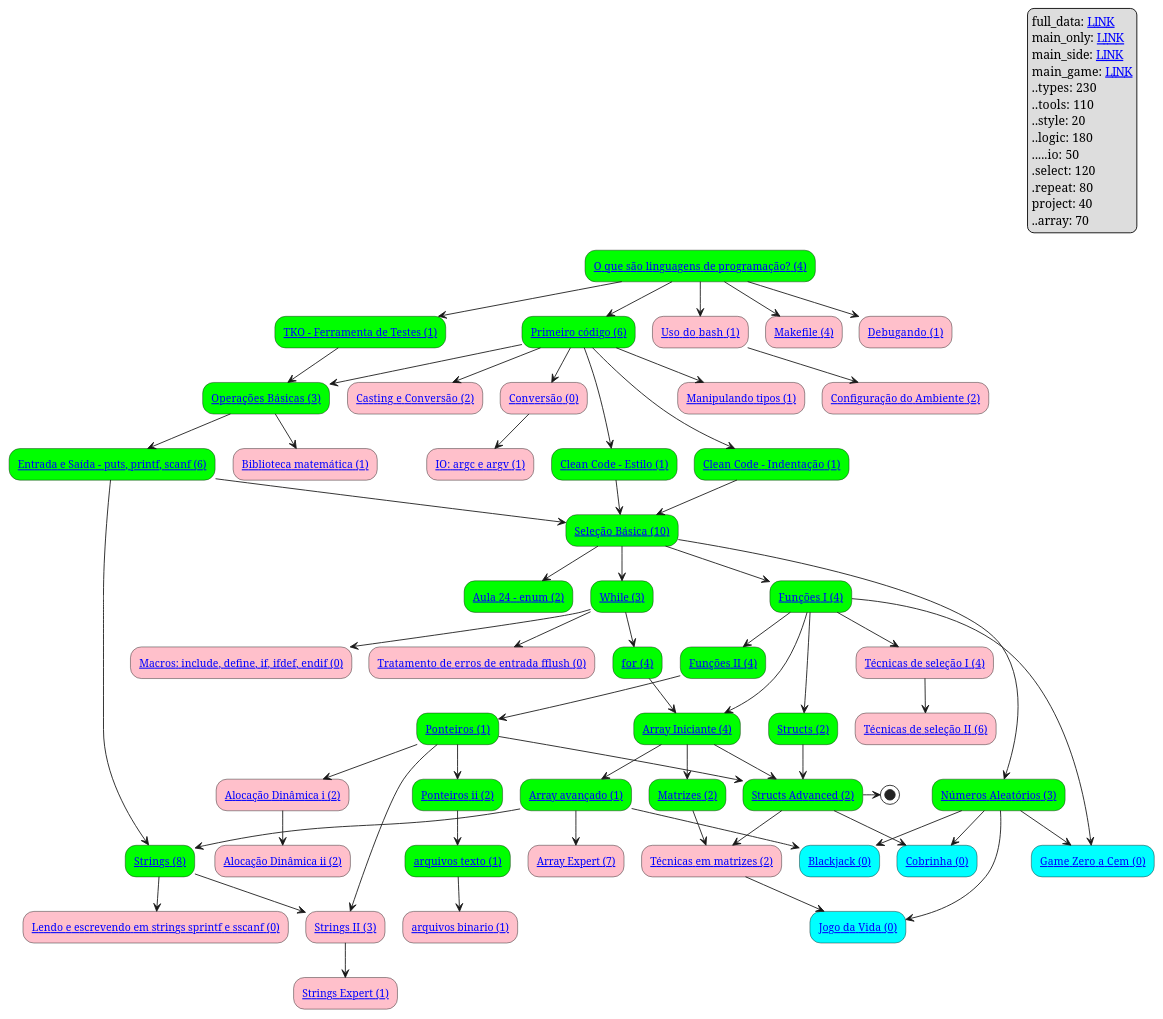
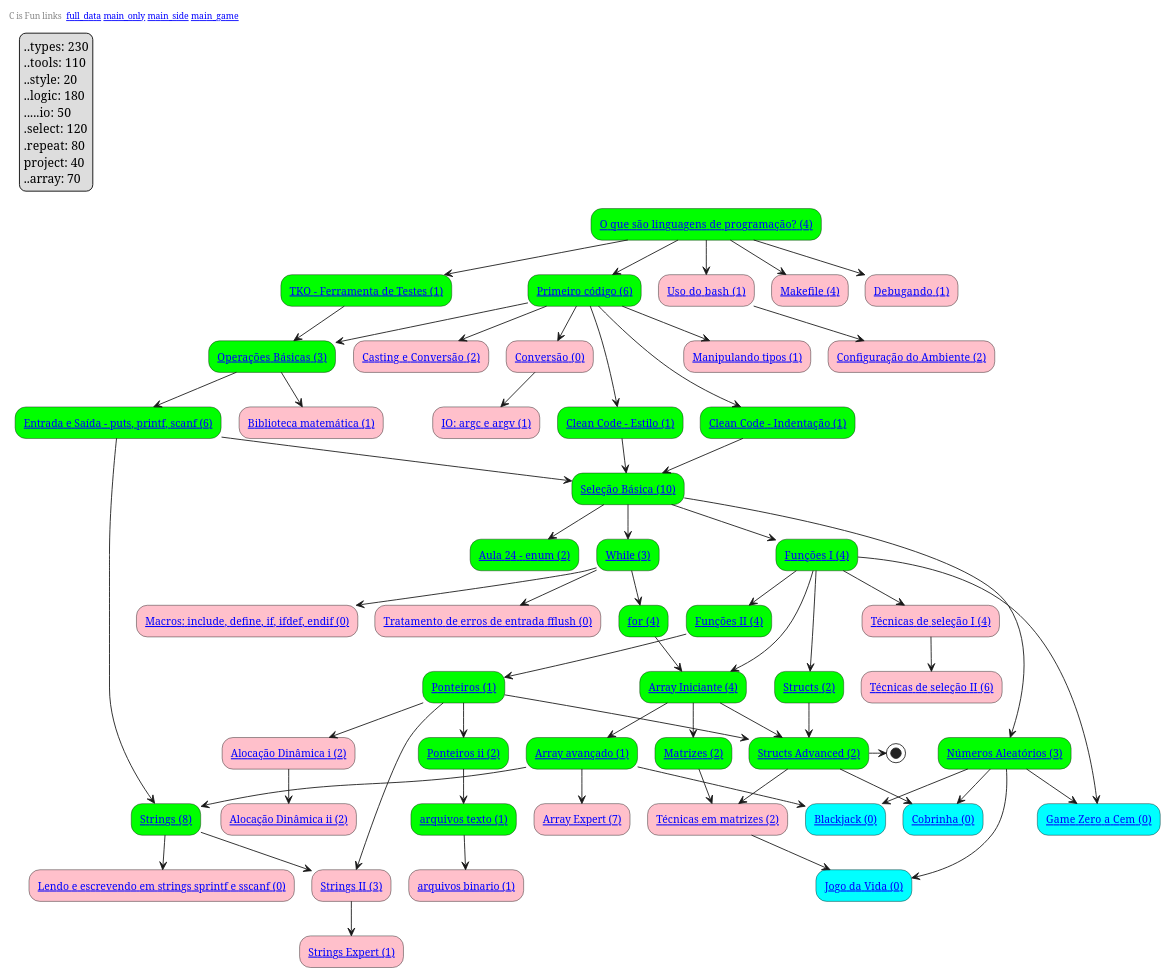
The diagram in graph/full_data.puml (senapk/c_is_fun), drawn with PlantUML before and after one commit. The commit also changed 8 other files, not shown here.

Commit message:
add: test links using header

```diff
--- a/graph/full_data.puml
+++ b/graph/full_data.puml
@@ -1,6 +1,9 @@
 @startuml full_data
 skinparam defaultFontName Hasklig
 skinparam defaulttextalignment left
+header
+    C is Fun links  [[https://raw.githubusercontent.com/senapk/c_is_fun/main/graph/full_data.svg full_data]] [[https://raw.githubusercontent.com/senapk/c_is_fun/main/graph/main_only.svg main_only]] [[https://raw.githubusercontent.com/senapk/c_is_fun/main/graph/main_side.svg main_side]] [[https://raw.githubusercontent.com/senapk/c_is_fun/main/graph/main_game.svg main_game]]
+end header
 "[[https://github.com/senapk/c_is_fun/blob/main/graph/Readme.md#o-que-são-linguagens-de-programação-types20 O que são linguagens de programação?  (4)]]" #lime --> "[[https://github.com/senapk/c_is_fun/blob/main/graph/Readme.md#uso-do-bash-tools20 Uso do bash  (1)]]" #pink
 "[[https://github.com/senapk/c_is_fun/blob/main/graph/Readme.md#uso-do-bash-tools20 Uso do bash  (1)]]" #pink --> "[[https://github.com/senapk/c_is_fun/blob/main/graph/Readme.md#configuração-do-ambiente-tools30 Configuração do Ambiente  (2)]]" #pink
 "[[https://github.com/senapk/c_is_fun/blob/main/graph/Readme.md#o-que-são-linguagens-de-programação-types20 O que são linguagens de programação?  (4)]]" #lime --> "[[https://github.com/senapk/c_is_fun/blob/main/graph/Readme.md#makefile-tools30 Makefile  (4)]]" #pink
@@ -62,11 +65,7 @@
 "[[https://github.com/senapk/c_is_fun/blob/main/graph/Readme.md#array-iniciante-types10 Array Iniciante  (4)]]" #lime --> "[[https://github.com/senapk/c_is_fun/blob/main/graph/Readme.md#structs-advanced-select20-logic30-repeat10-array10 Structs Advanced  (2)]]" #lime
 "[[https://github.com/senapk/c_is_fun/blob/main/graph/Readme.md#structs-types10 Structs  (2)]]" #lime --> "[[https://github.com/senapk/c_is_fun/blob/main/graph/Readme.md#structs-advanced-select20-logic30-repeat10-array10 Structs Advanced  (2)]]" #lime
 "[[https://github.com/senapk/c_is_fun/blob/main/graph/Readme.md#structs-advanced-select20-logic30-repeat10-array10 Structs Advanced  (2)]]" #lime -> (*)
-legend top right
-    full_data: [[https://raw.githubusercontent.com/senapk/c_is_fun/main/graph/full_data.svg LINK]]
-    main_only: [[https://raw.githubusercontent.com/senapk/c_is_fun/main/graph/main_only.svg LINK]]
-    main_side: [[https://raw.githubusercontent.com/senapk/c_is_fun/main/graph/main_side.svg LINK]]
-    main_game: [[https://raw.githubusercontent.com/senapk/c_is_fun/main/graph/main_game.svg LINK]]
+legend top left
   ..types: 230
   ..tools: 110
   ..style: 20
```
